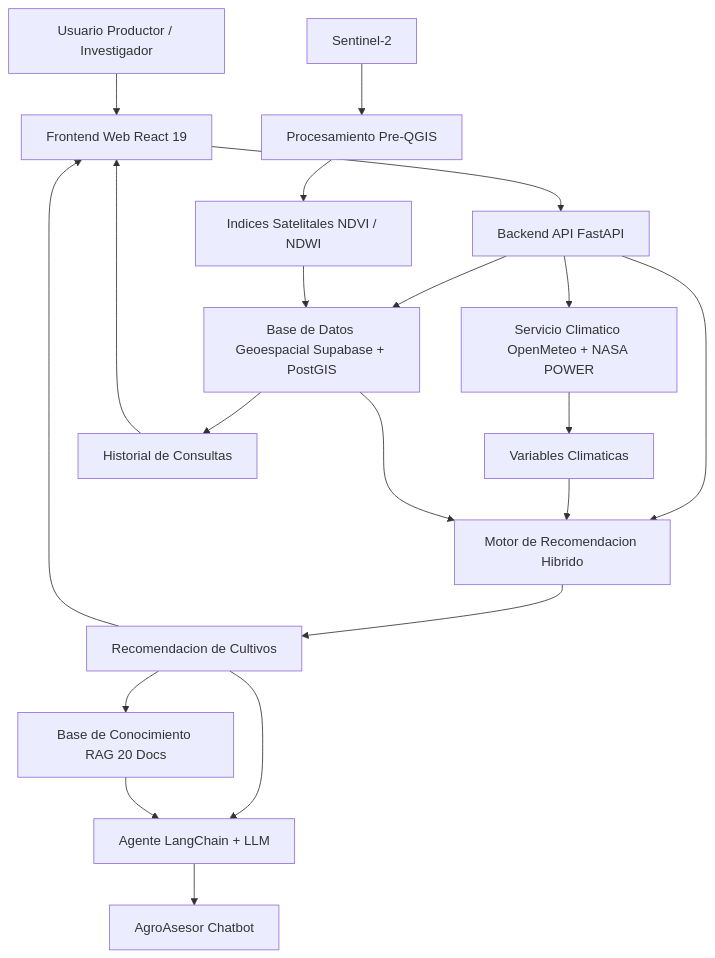
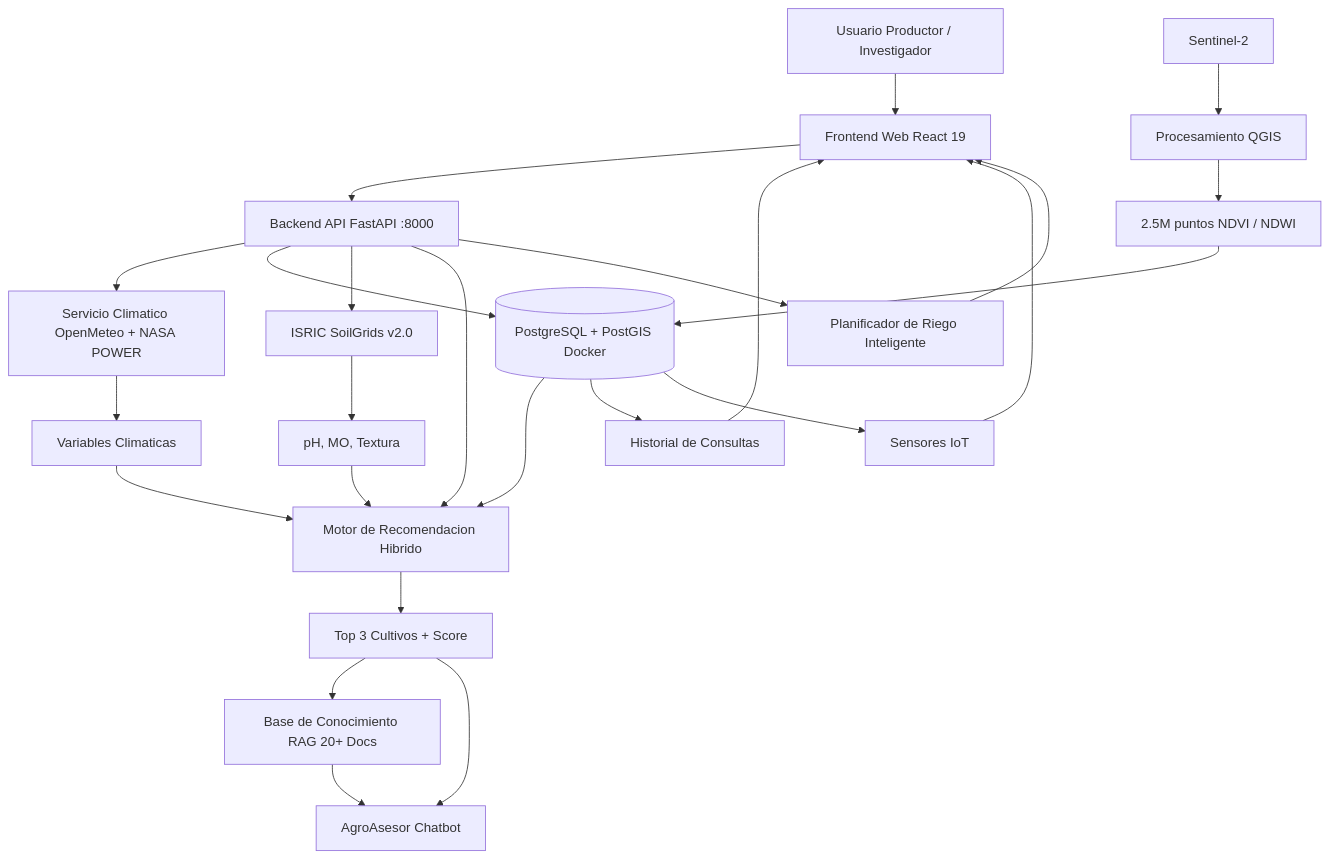
One commit to jab16jy/TechCamp changed the diagram in docs/4-arquitectura/VISION_SISTEMA.md. Above: the diagram before and after it, drawn with Mermaid. The commit also changed other lines of this file and 29 other files, not shown here.

````diff
--- a/docs/4-arquitectura/VISION_SISTEMA.md
+++ b/docs/4-arquitectura/VISION_SISTEMA.md
@@ -11,27 +11,33 @@
 ```mermaid
 graph TD
     U[Usuario Productor / Investigador] --> FW[Frontend Web React 19]
-    FW --> API[Backend API FastAPI]
-    
+    FW --> API[Backend API FastAPI :8000]
+
     API --> CLIMA[Servicio Climatico OpenMeteo + NASA POWER]
-    API --> DB[Base de Datos Geoespacial Supabase + PostGIS]
+    API --> DB[(PostgreSQL + PostGIS Docker)]
+    API --> SUELO[ISRIC SoilGrids v2.0]
     API --> MOTOR[Motor de Recomendacion Hibrido]
-    
-    SAT[Sentinel-2] --> QGIS[Procesamiento Pre-QGIS]
-    QGIS --> INDICES[Indices Satelitales NDVI / NDWI]
+
+    SAT[Sentinel-2] --> QGIS[Procesamiento QGIS]
+    QGIS --> INDICES[2.5M puntos NDVI / NDWI]
     INDICES --> DB
-    
+
     CLIMA --> VAR[Variables Climaticas]
+    SUELO --> SUELO_VAR[pH, MO, Textura]
     VAR --> MOTOR
+    SUELO_VAR --> MOTOR
     DB --> MOTOR
-    
-    MOTOR --> RECO[Recomendacion de Cultivos]
-    RECO --> RAG[Base de Conocimiento RAG 20 Docs]
-    RECO --> LLM[Agente LangChain + LLM]
-    RAG --> LLM
-    
-    LLM --> CHAT[AgroAsesor Chatbot]
-    RECO --> FW
+
+    MOTOR --> RECO[Top 3 Cultivos + Score]
+    RECO --> RAG[Base de Conocimiento RAG 20+ Docs]
+    RECO --> CHAT[AgroAsesor Chatbot]
+    RAG --> CHAT
+
     DB --> HIST[Historial de Consultas]
     HIST --> FW
+    DB --> SENSORES[Sensores IoT]
+    SENSORES --> FW
+
+    API --> RIEGO[Planificador de Riego Inteligente]
+    RIEGO --> FW
 ```
````
